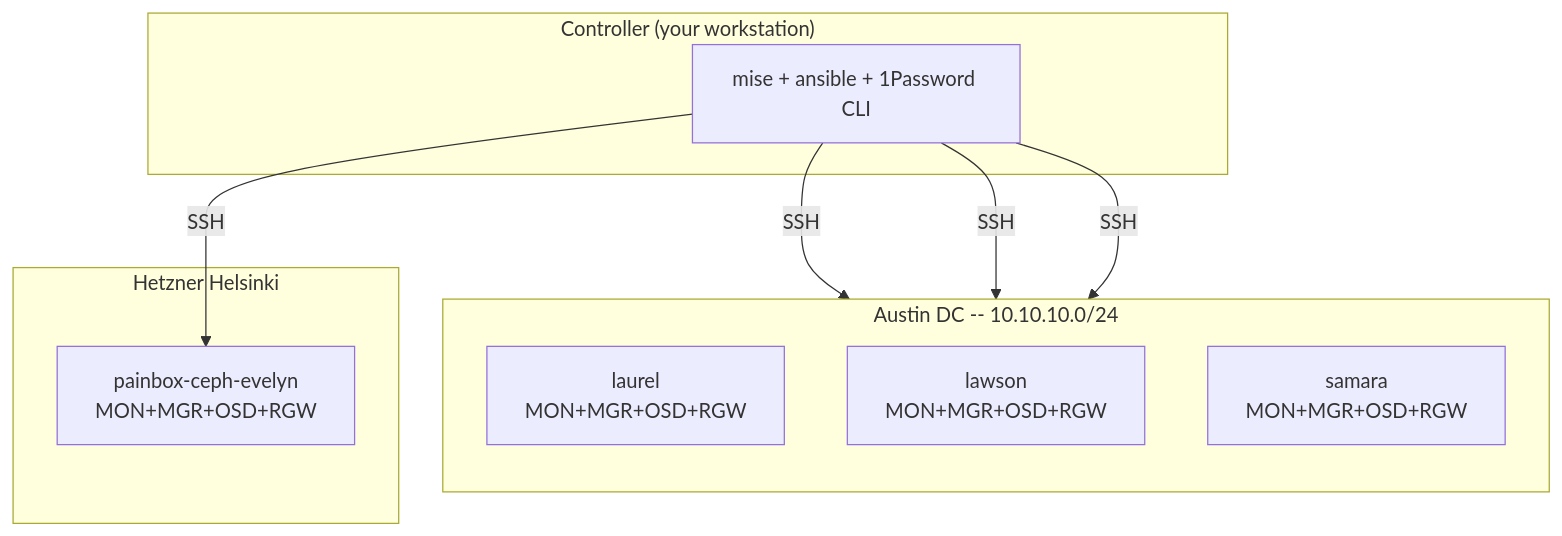
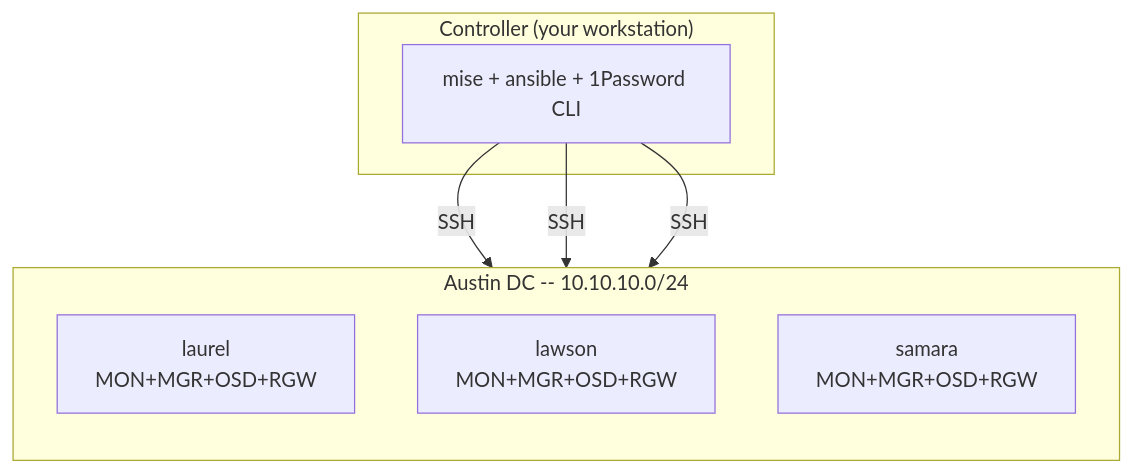
The diagram in ansible/ceph/README.md (immich-app/yucca), drawn with Mermaid before and after one commit. The commit also changed other lines of this file and 15 other files, not shown here.

Commit message:
docs(ceph): drop painbox references

````diff
--- a/ansible/ceph/README.md
+++ b/ansible/ceph/README.md
@@ -20,22 +19,17 @@
 ```mermaid
 graph TB
     subgraph "Controller (your workstation)"
         A[mise + ansible + 1Password CLI]
     end
 
     subgraph "Austin DC -- 10.10.10.0/24"
         direction TB
         L[laurel<br/>MON+MGR+OSD+RGW]
         W[lawson<br/>MON+MGR+OSD+RGW]
         S[samara<br/>MON+MGR+OSD+RGW]
     end
 
-    subgraph "Hetzner Helsinki"
-        P[painbox-ceph-evelyn<br/>MON+MGR+OSD+RGW]
-    end
-
     A -->|SSH| L
     A -->|SSH| W
     A -->|SSH| S
-    A -->|SSH| P
 ```
````
